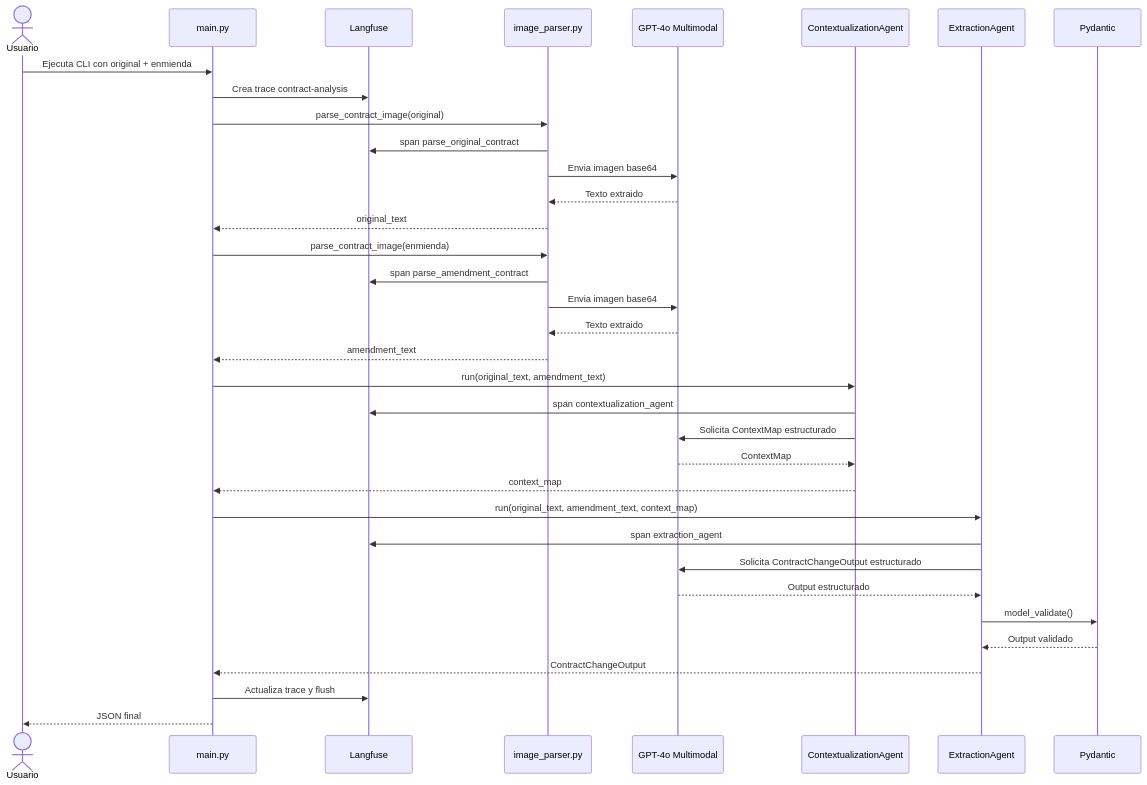
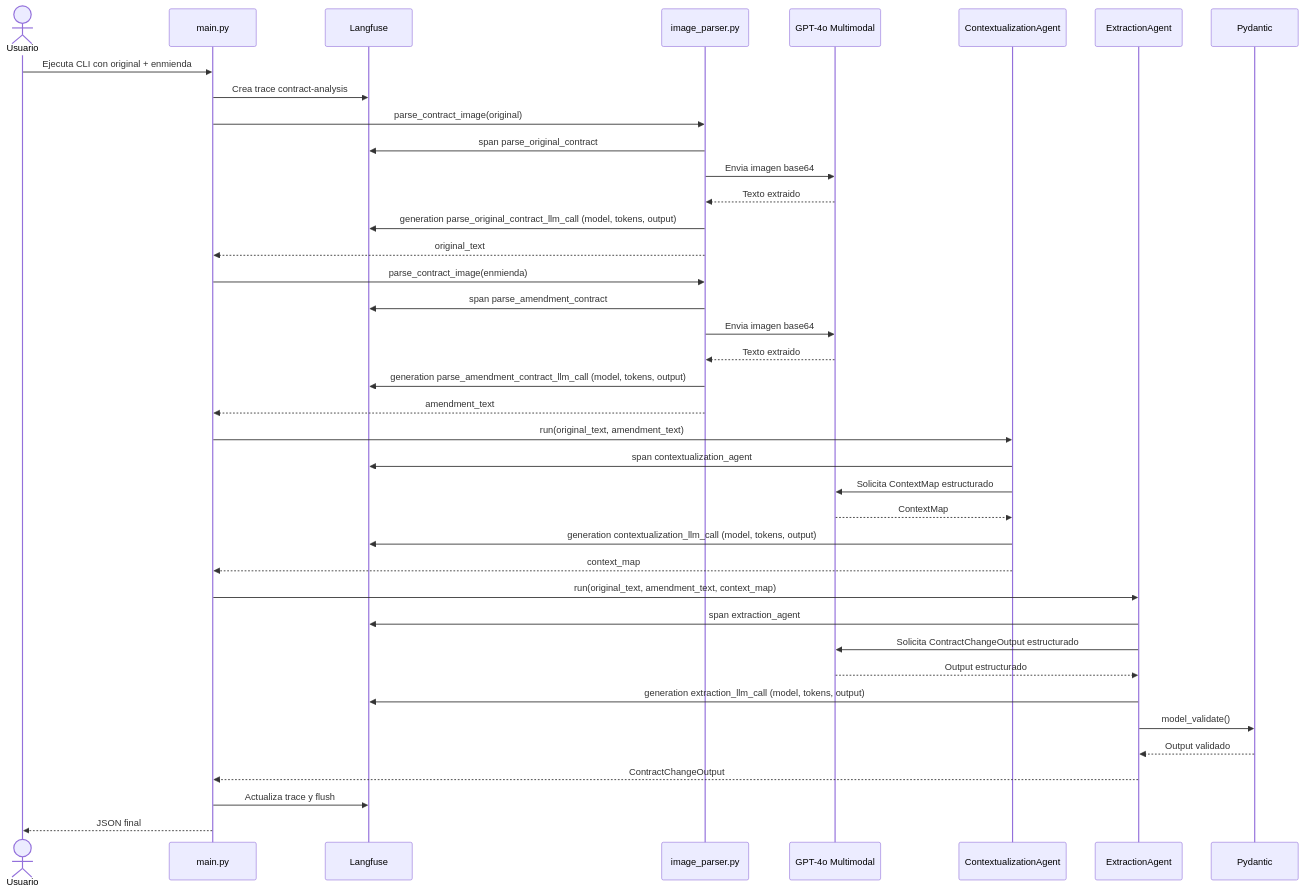
The second of 2 diagrams in README.md (oriasmauro/henry-aem4), drawn with Mermaid before and after one commit. The commit also changed 1 other file, not shown here.

````diff
--- a/README.md
+++ b/README.md
@@ -66,43 +66,47 @@
 ```mermaid
 sequenceDiagram
     actor U as Usuario
     participant M as main.py
     participant L as Langfuse
     participant P as image_parser.py
     participant O as GPT-4o Multimodal
     participant C as ContextualizationAgent
     participant E as ExtractionAgent
     participant V as Pydantic
 
     U->>M: Ejecuta CLI con original + enmienda
     M->>L: Crea trace contract-analysis
 
     M->>P: parse_contract_image(original)
     P->>L: span parse_original_contract
     P->>O: Envia imagen base64
     O-->>P: Texto extraido
+    P->>L: generation parse_original_contract_llm_call (model, tokens, output)
     P-->>M: original_text
 
     M->>P: parse_contract_image(enmienda)
     P->>L: span parse_amendment_contract
     P->>O: Envia imagen base64
     O-->>P: Texto extraido
+    P->>L: generation parse_amendment_contract_llm_call (model, tokens, output)
     P-->>M: amendment_text
 
     M->>C: run(original_text, amendment_text)
     C->>L: span contextualization_agent
     C->>O: Solicita ContextMap estructurado
     O-->>C: ContextMap
+    C->>L: generation contextualization_llm_call (model, tokens, output)
     C-->>M: context_map
 
     M->>E: run(original_text, amendment_text, context_map)
     E->>L: span extraction_agent
     E->>O: Solicita ContractChangeOutput estructurado
     O-->>E: Output estructurado
+    E->>L: generation extraction_llm_call (model, tokens, output)
     E->>V: model_validate()
     V-->>E: Output validado
     E-->>M: ContractChangeOutput
 
     M->>L: Actualiza trace y flush
     M-->>U: JSON final
 ```
````
